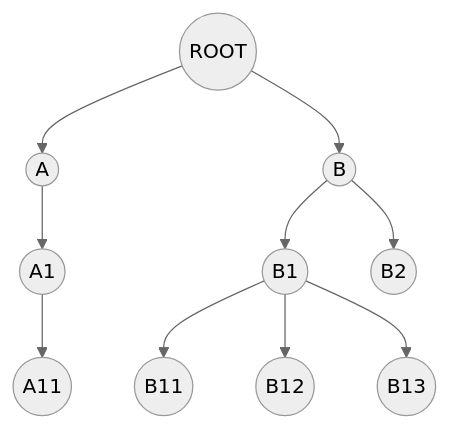
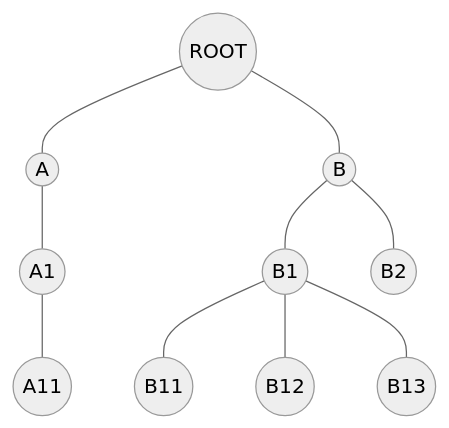
Before and after one commit to AlexeyPopovUA/me: the first of 4 diagrams in front-end/content/articles/react-application-performance-profiling-and-improvement/article.mdx, drawn with Mermaid (neutral theme). The commit also changed other lines of this file and 31 other files, not shown here.

````diff
--- a/front-end/content/articles/react-application-performance-profiling-and-improvement/article.mdx
+++ b/front-end/content/articles/react-application-performance-profiling-and-improvement/article.mdx
@@ -69,11 +71,11 @@
 ```mermaid
 flowchart TB
-    idRoot((ROOT)) --> id((A));
-    id((A)) --> id1((A1)) --> id11((A11))
-    idRoot((ROOT)) --> idB((B))
-    idB((B)) --> idB1((B1))
-    idB((B)) --> idB2((B2));
-    idB1((B1)) --> idB11((B11));
-    idB1((B1)) --> idB12((B12));
-    idB1((B1)) --> idB13((B13));
+    idRoot((ROOT)) --- id((A));
+    id((A)) --- id1((A1)) --- id11((A11))
+    idRoot((ROOT)) --- idB((B))
+    idB((B)) --- idB1((B1))
+    idB((B)) --- idB2((B2));
+    idB1((B1)) --- idB11((B11));
+    idB1((B1)) --- idB12((B12));
+    idB1((B1)) --- idB13((B13));
 ```
````
